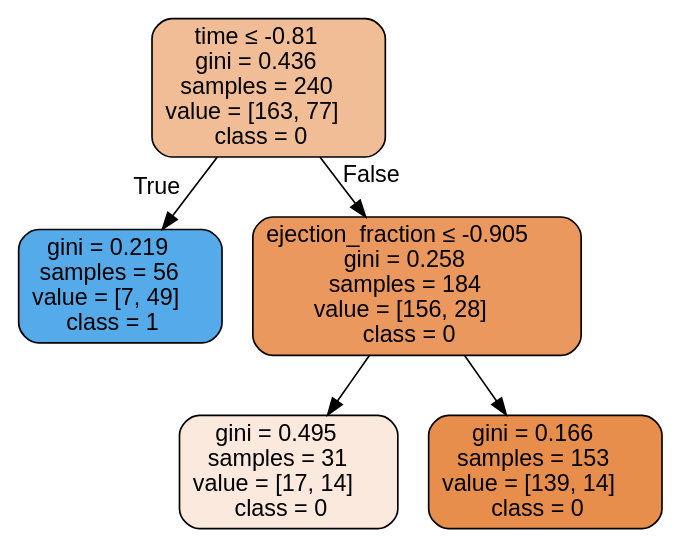
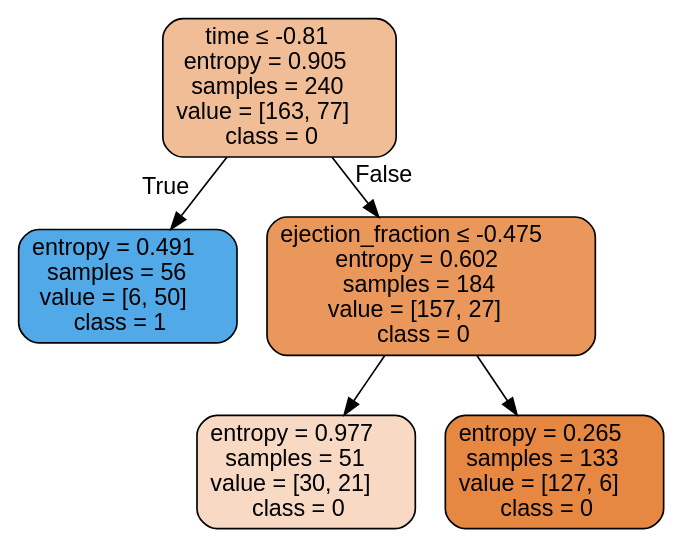
The diagram in Labs/NewClassifiers/Results/DecisionTrees/Original/ - No Outliers & Scaling/HFCR - Original - dtree.dot (isabelSoares/CD-2021), drawn with Graphviz before and after one commit. The commit also changed 261 other files, not shown here.

```diff
--- a/Labs/NewClassifiers/Results/DecisionTrees/Original/ - No Outliers & Scaling/HFCR - Original - dtree.dot
+++ b/Labs/NewClassifiers/Results/DecisionTrees/Original/ - No Outliers & Scaling/HFCR - Original - dtree.dot
@@ -1,13 +1,13 @@
 digraph Tree {
 node [shape=box, style="filled, rounded", color="black", fontname=helvetica] ;
 edge [fontname=helvetica] ;
-0 [label=<time &le; -0.81<br/>gini = 0.436<br/>samples = 240<br/>value = [163, 77]<br/>class = 0>, fillcolor="#f1bd97"] ;
-1 [label=<gini = 0.219<br/>samples = 56<br/>value = [7, 49]<br/>class = 1>, fillcolor="#55abe9"] ;
+0 [label=<time &le; -0.81<br/>entropy = 0.905<br/>samples = 240<br/>value = [163, 77]<br/>class = 0>, fillcolor="#f1bd97"] ;
+1 [label=<entropy = 0.491<br/>samples = 56<br/>value = [6, 50]<br/>class = 1>, fillcolor="#51a9e8"] ;
 0 -> 1 [labeldistance=2.5, labelangle=45, headlabel="True"] ;
-2 [label=<ejection_fraction &le; -0.905<br/>gini = 0.258<br/>samples = 184<br/>value = [156, 28]<br/>class = 0>, fillcolor="#ea985d"] ;
+2 [label=<ejection_fraction &le; -0.475<br/>entropy = 0.602<br/>samples = 184<br/>value = [157, 27]<br/>class = 0>, fillcolor="#e9975b"] ;
 0 -> 2 [labeldistance=2.5, labelangle=-45, headlabel="False"] ;
-3 [label=<gini = 0.495<br/>samples = 31<br/>value = [17, 14]<br/>class = 0>, fillcolor="#fae9dc"] ;
+3 [label=<entropy = 0.977<br/>samples = 51<br/>value = [30, 21]<br/>class = 0>, fillcolor="#f7d9c4"] ;
 2 -> 3 ;
-4 [label=<gini = 0.166<br/>samples = 153<br/>value = [139, 14]<br/>class = 0>, fillcolor="#e88e4d"] ;
+4 [label=<entropy = 0.265<br/>samples = 133<br/>value = [127, 6]<br/>class = 0>, fillcolor="#e68742"] ;
 2 -> 4 ;
 }
```
